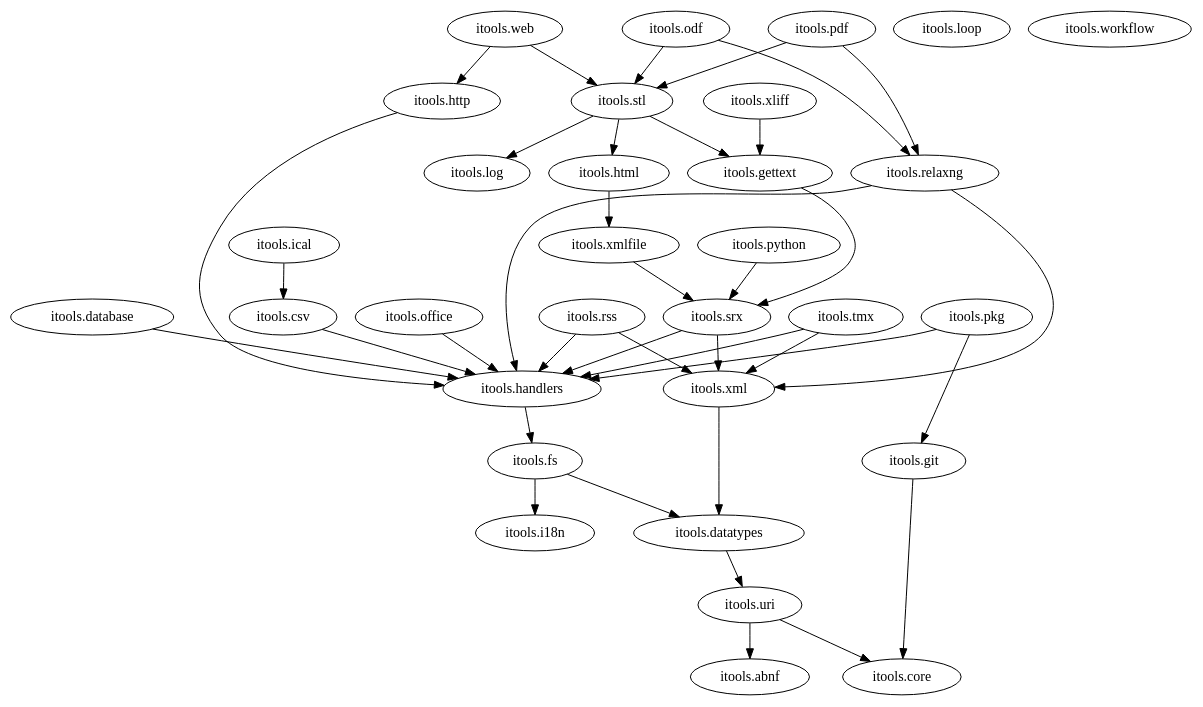
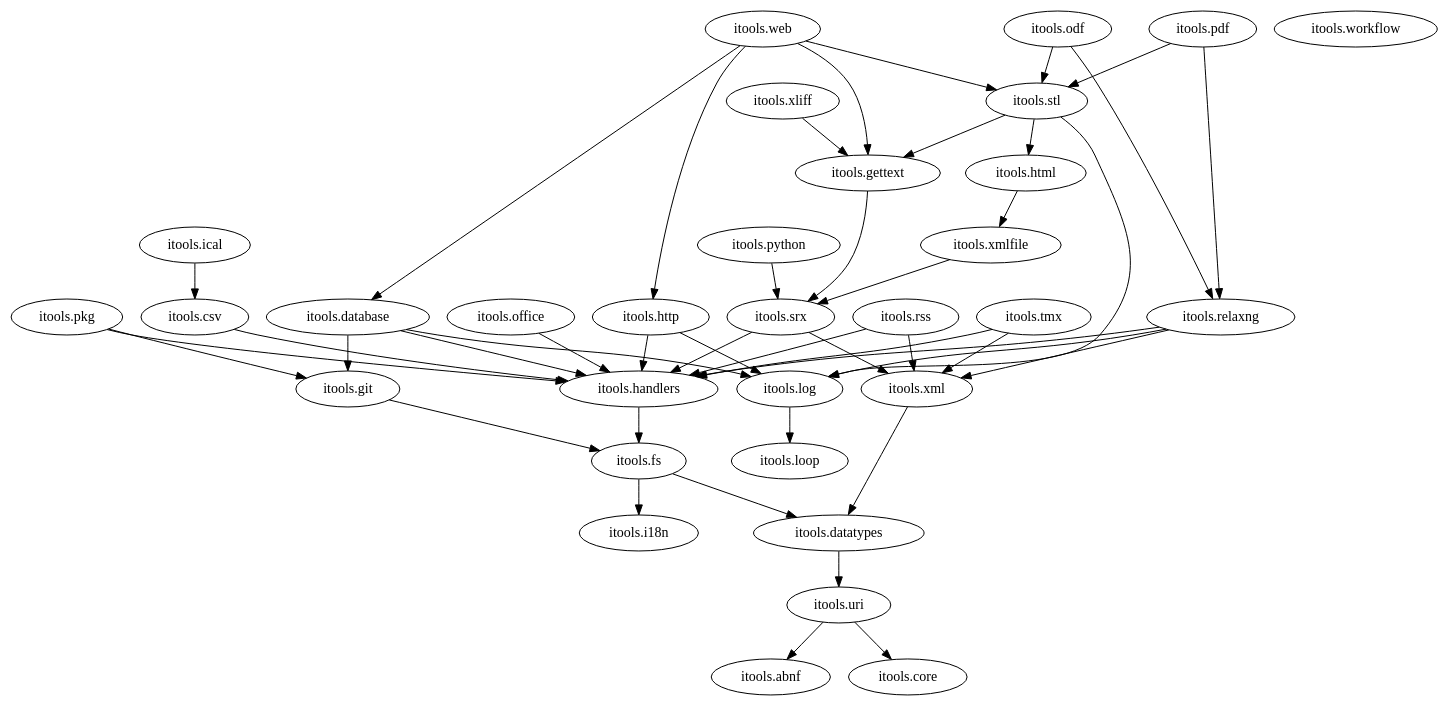
One commit to hforge/itools changed the diagram in docs/figures-src/packages.dot. Above: the diagram before and after it, drawn with Graphviz.

Commit message:
docs: update package dependency graph

```diff
--- a/docs/figures-src/packages.dot
+++ b/docs/figures-src/packages.dot
@@ -1,142 +1,152 @@
 digraph G {
   "itools.abnf";
 
   "itools.core";
 
-#  "itools.csv" -> "itools.core";
-#  "itools.csv" -> "itools.datatypes";
+  //"itools.csv" -> "itools.core";
+  //"itools.csv" -> "itools.datatypes";
   "itools.csv" -> "itools.handlers";
 
-#  "itools.database" -> "itools.core";
-#  "itools.database" -> "itools.datatypes";
-#  "itools.database" -> "itools.fs";
+  //"itools.database" -> "itools.core";
+  //"itools.database" -> "itools.datatypes";
+  //"itools.database" -> "itools.fs";
+  "itools.database" -> "itools.git";
   "itools.database" -> "itools.handlers";
-#  "itools.xapian" -> "itools.i18n";
-#  "itools.database" -> "itools.uri";
+  //"itools.database" -> "itools.i18n";
+  "itools.database" -> "itools.log";
+  //"itools.database" -> "itools.uri";
 
-#  "itools.datatypes" -> "itools.core";
+  //"itools.datatypes" -> "itools.core";
   "itools.datatypes" -> "itools.uri";
 
-#  "itools.fs" -> "itools.core";
+  //"itools.fs" -> "itools.core";
   "itools.fs" -> "itools.datatypes";
   "itools.fs" -> "itools.i18n";
-#  "itools.fs" -> "itools.uri";
+  //"itools.fs" -> "itools.uri";
 
-#  "itools.gettext" -> "itools.core";
-#  "itools.gettext" -> "itools.handlers";
+  //"itools.gettext" -> "itools.core";
+  //"itools.gettext" -> "itools.handlers";
+  //"itools.gettext" -> "itools.i18n";
   "itools.gettext" -> "itools.srx";
+  //"itools.gettext" -> "itools.xml";
 
-  "itools.git" -> "itools.core";
+  //"itools.git" -> "itools.core";
+  //"itools.git" -> "itools.datatypes";
+  "itools.git" -> "itools.fs";
 
-#  "itools.handlers" -> "itools.core";
-#  "itools.handlers" -> "itools.datatypes";
+  //"itools.handlers" -> "itools.core";
+  //"itools.handlers" -> "itools.datatypes";
   "itools.handlers" -> "itools.fs";
 
-#  "itools.html" -> "itools.core";
-#  "itools.html" -> "itools.datatypes";
-#  "itools.html" -> "itools.handlers";
-#  "itools.html" -> "itools.xml";
+  //"itools.html" -> "itools.core";
+  //"itools.html" -> "itools.datatypes";
+  //"itools.html" -> "itools.handlers";
+  //"itools.html" -> "itools.xml";
   "itools.html" -> "itools.xmlfile";
 
-#  "itools.http" -> "itools.datatypes";
+  //"itools.http" -> "itools.datatypes";
   "itools.http" -> "itools.handlers";
+  "itools.http" -> "itools.log";
 
   "itools.i18n";
 
-#  "itools.ical" -> "itools.core";
+  //"itools.ical" -> "itools.core";
   "itools.ical" -> "itools.csv";
-#  "itools.ical" -> "itools.datatypes";
-#  "itools.ical" -> "itools.handlers";
+  //"itools.ical" -> "itools.datatypes";
+  //"itools.ical" -> "itools.handlers";
 
-  "itools.log";
+  "itools.log" -> "itools.loop";
 
   "itools.loop";
 
-#  "itools.odf" -> "itools.core";
-#  "itools.odf" -> "itools.datatypes";
-#  "itools.odf" -> "itools.fs";
-#  "itools.odf" -> "itools.handlers";
+  //"itools.odf" -> "itools.core";
+  //"itools.odf" -> "itools.datatypes";
+  //"itools.odf" -> "itools.fs";
+  //"itools.odf" -> "itools.handlers";
   "itools.odf" -> "itools.relaxng";
   "itools.odf" -> "itools.stl";
-#  "itools.odf" -> "itools.xml";
-#  "itools.odf" -> "itools.xmlfile";
+  //"itools.odf" -> "itools.xml";
+  //"itools.odf" -> "itools.xmlfile";
 
   "itools.office" -> "itools.handlers";
 
-#  "itools.pdf" -> "itools.core";
-#  "itools.pdf" -> "itools.datatypes";
-#  "itools.pdf" -> "itools.fs";
-#  "itools.pdf" -> "itools.handlers";
+  //"itools.pdf" -> "itools.core";
+  //"itools.pdf" -> "itools.datatypes";
+  //"itools.pdf" -> "itools.fs";
+  //"itools.pdf" -> "itools.handlers";
   "itools.pdf" -> "itools.relaxng";
   "itools.pdf" -> "itools.stl";
-#  "itools.pdf" -> "itools.uri";
-#  "itools.pdf" -> "itools.xml";
-#  "itools.pdf" -> "itools.xmlfile";
+  //"itools.pdf" -> "itools.uri";
+  //"itools.pdf" -> "itools.xml";
+  //"itools.pdf" -> "itools.xmlfile";
 
-#  "itools.pkg" -> "itools.core";
-#  "itools.pkg" -> "itools.datatypes";
-#  "itools.pkg" -> "itools.fs";
+  //"itools.pkg" -> "itools.core";
+  //"itools.pkg" -> "itools.datatypes";
+  //"itools.pkg" -> "itools.fs";
   "itools.pkg" -> "itools.git";
   "itools.pkg" -> "itools.handlers";
 
-#  "itools.python" -> "itools.handlers";
+  //"itools.python" -> "itools.handlers";
   "itools.python" -> "itools.srx";
 
-#  "itools.relaxng" -> "itools.core";
-#  "itools.relaxng" -> "itools.datatypes";
-#  "itools.relaxng" -> "itools.fs";
+  //"itools.relaxng" -> "itools.core";
+  //"itools.relaxng" -> "itools.datatypes";
+  //"itools.relaxng" -> "itools.fs";
   "itools.relaxng" -> "itools.handlers";
+  "itools.relaxng" -> "itools.log";
+  //"itools.relaxng" -> "itools.uri";
   "itools.relaxng" -> "itools.xml";
-#  "itools.relaxng" -> "itools.uri";
 
-#  "itools.rss" -> "itools.core";
-#  "itools.rss" -> "itools.datatypes";
+  //"itools.rss" -> "itools.core";
+  //"itools.rss" -> "itools.datatypes";
   "itools.rss" -> "itools.handlers";
   "itools.rss" -> "itools.xml";
 
-#  "itools.srx" -> "itools.core";
+  //"itools.srx" -> "itools.core";
   "itools.srx" -> "itools.handlers";
   "itools.srx" -> "itools.xml";
 
-#  "itools.stl" -> "itools.core";
-#  "itools.stl" -> "itools.datatypes";
+  //"itools.stl" -> "itools.core";
+  //"itools.stl" -> "itools.datatypes";
   "itools.stl" -> "itools.gettext";
   "itools.stl" -> "itools.html";
   "itools.stl" -> "itools.log";
-#  "itools.stl" -> "itools.uri";
-#  "itools.stl" -> "itools.xml";
-#  "itools.stl" -> "itools.xmlfile";
+  //"itools.stl" -> "itools.uri";
+  //"itools.stl" -> "itools.xml";
+  //"itools.stl" -> "itools.xmlfile";
 
-#  "itools.tmx" -> "itools.core";
-#  "itools.tmx" -> "itools.datatypes";
+  //"itools.tmx" -> "itools.core";
+  //"itools.tmx" -> "itools.datatypes";
   "itools.tmx" -> "itools.handlers";
   "itools.tmx" -> "itools.xml";
 
   "itools.uri" -> "itools.abnf";
   "itools.uri" -> "itools.core";
 
-#  "itools.web" -> "itools.core";
-#  "itools.web" -> "itools.datatypes";
-#  "itools.web" -> "itools.gettext";
+  //"itools.web" -> "itools.core";
+  "itools.web" -> "itools.database";
+  //"itools.web" -> "itools.datatypes";
+  "itools.web" -> "itools.gettext";
   "itools.web" -> "itools.http";
-#  "itools.web" -> "itools.i18n";
-#  "itools.web" -> "itools.log";
+  //"itools.web" -> "itools.i18n";
+  //"itools.web" -> "itools.log";
   "itools.web" -> "itools.stl";
-#  "itools.web" -> "itools.uri";
+  //"itools.web" -> "itools.uri";
+  //"itools.web" -> "itools.xml";
 
   "itools.workflow";
 
-#  "itools.xliff" -> "itools.core";
-#  "itools.xliff" -> "itools.datatypes";
+  //"itools.xliff" -> "itools.core";
+  //"itools.xliff" -> "itools.datatypes";
   "itools.xliff" -> "itools.gettext";
-#  "itools.xliff" -> "itools.handlers";
-#  "itools.xliff" -> "itools.srx";
-#  "itools.xliff" -> "itools.xml";
+  //"itools.xliff" -> "itools.handlers";
+  //"itools.xliff" -> "itools.srx";
+  //"itools.xliff" -> "itools.xml";
 
   "itools.xml" -> "itools.datatypes";
 
-#  "itools.xmlfile" -> "itools.datatypes";
-#  "itools.xmlfile" -> "itools.handlers";
+  //"itools.xmlfile" -> "itools.datatypes";
+  //"itools.xmlfile" -> "itools.handlers";
   "itools.xmlfile" -> "itools.srx";
-#  "itools.xmlfile" -> "itools.xml";
+  //"itools.xmlfile" -> "itools.xml";
 }
```
